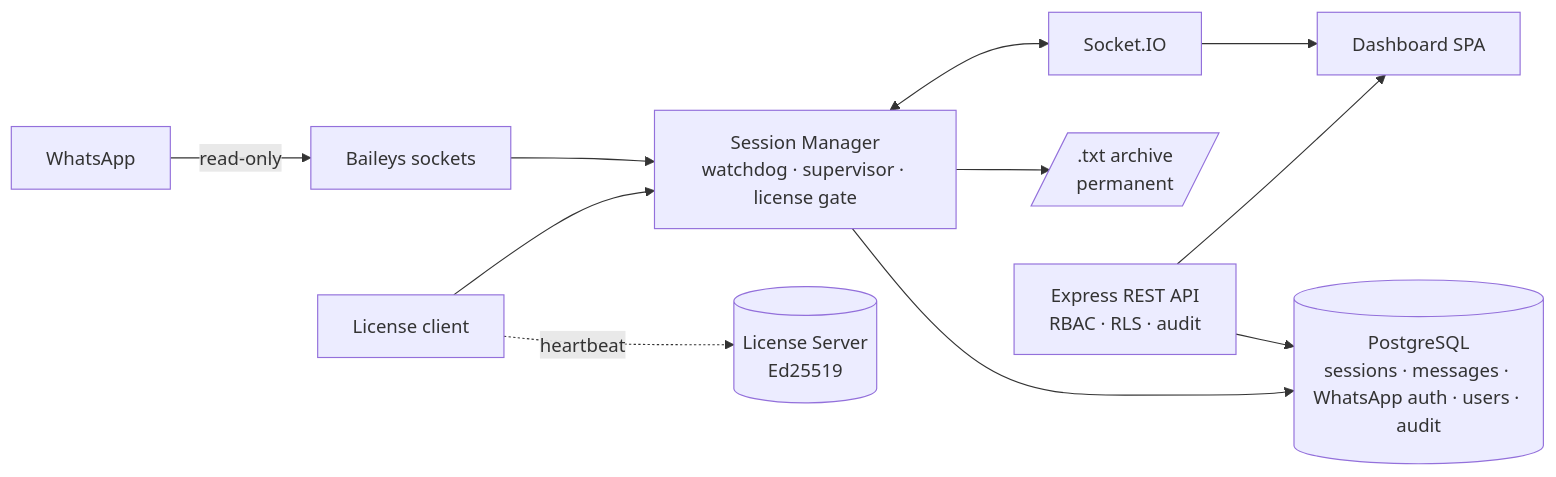
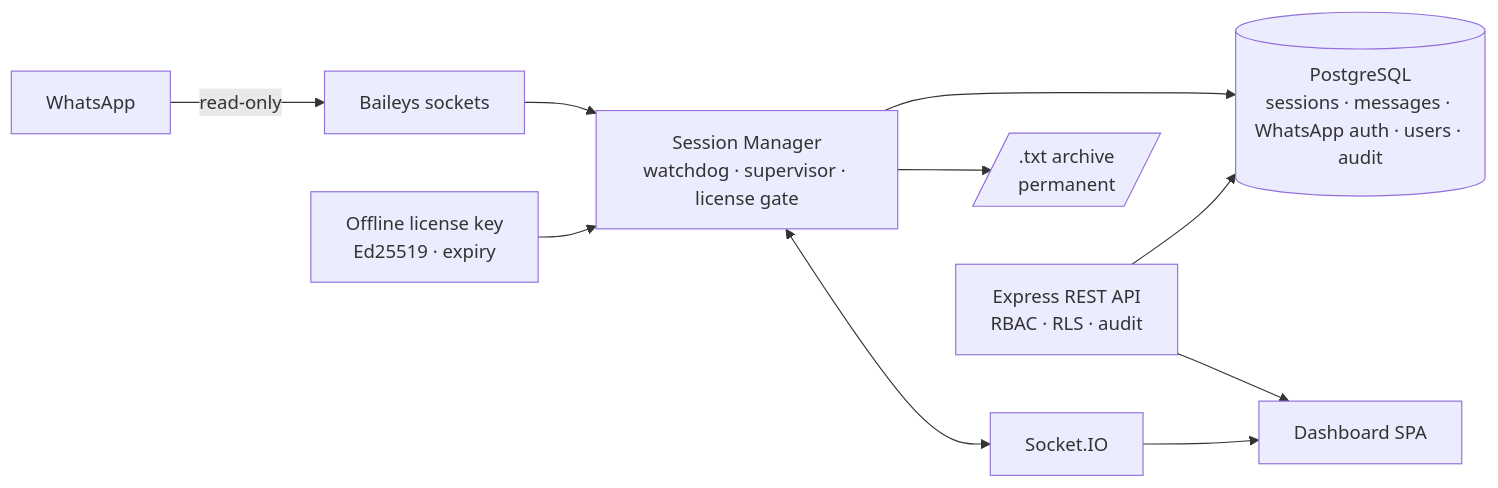
One commit to Ambujkumar909/Sonar changed the diagram in README.md. Above: the diagram before and after it, drawn with Mermaid. The commit also changed other lines of this file and 13 other files, not shown here.

First line of the commit message:
Offline-only licensing via LICENSE_KEY in .env; remove license server

````diff
--- a/README.md
+++ b/README.md
@@ -103,13 +103,12 @@
 ```mermaid
 flowchart LR
   WA[WhatsApp] -- read-only --> B[Baileys sockets]
   B --> SM[Session Manager<br/>watchdog · supervisor · license gate]
   SM --> DB[(PostgreSQL<br/>sessions · messages · WhatsApp auth · users · audit)]
   SM --> TXT[/.txt archive<br/>permanent/]
   SM <--> IO[Socket.IO]
   API[Express REST API<br/>RBAC · RLS · audit] --> DB
   IO --> UI[Dashboard SPA]
   API --> UI
-  LIC[License client] -. heartbeat .-> LS[(License Server<br/>Ed25519)]
-  LIC --> SM
+  LIC[Offline license key<br/>Ed25519 · expiry] --> SM
 ```
````
